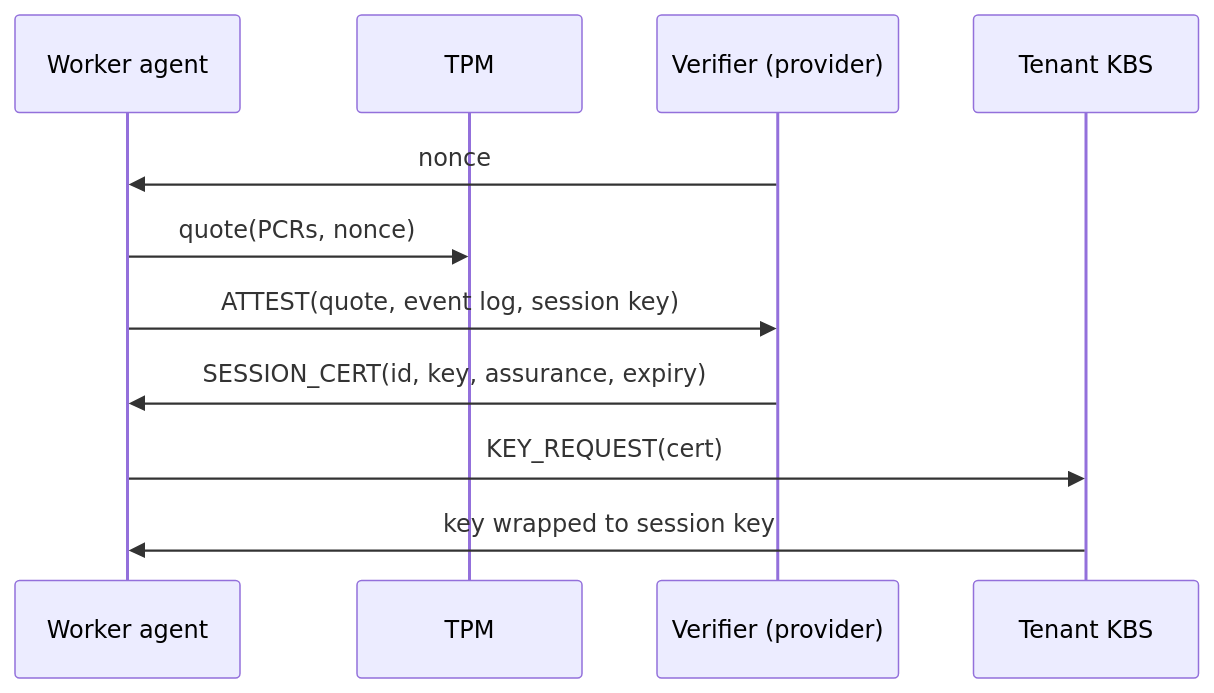
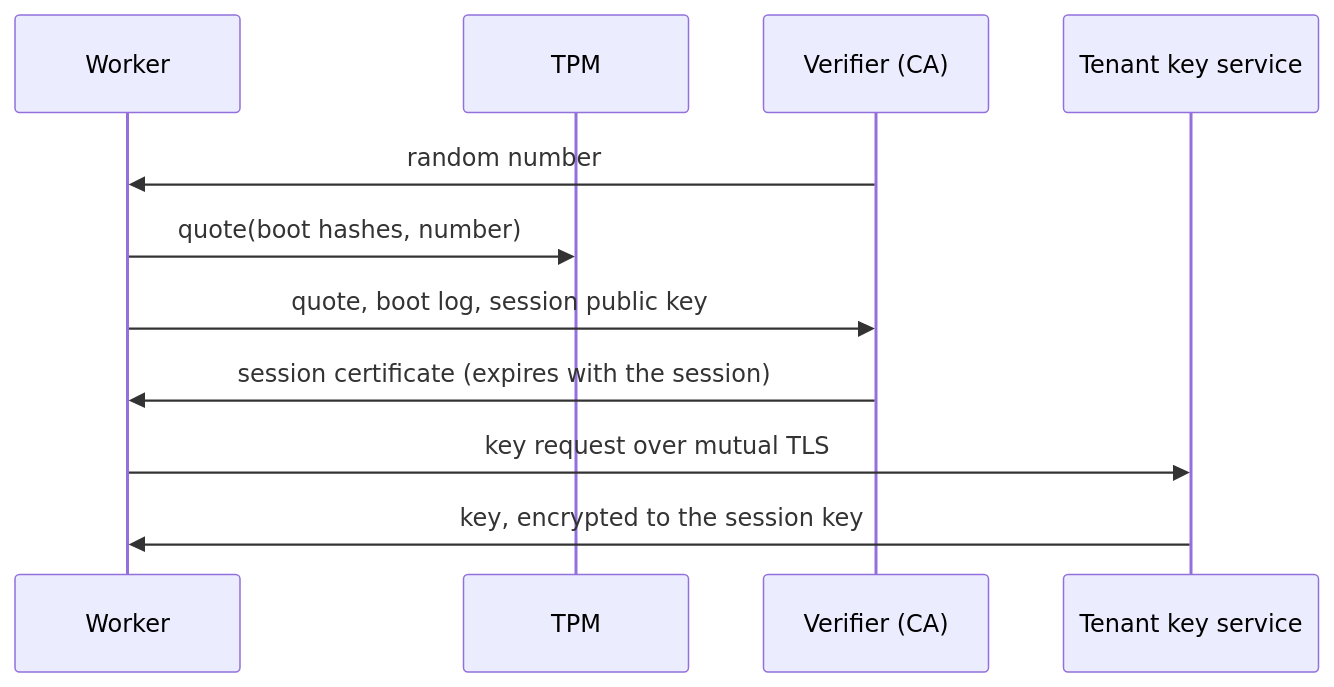
One commit to aalhadsawane/VOSS changed the first of 2 diagrams in docs/explainer/voss-explained.md. Above: the diagram before and after it, drawn with Mermaid. The commit also changed other lines of this file, not shown here.

````diff
--- a/docs/explainer/voss-explained.md
+++ b/docs/explainer/voss-explained.md
@@ -182,13 +114,13 @@
 ```mermaid
 sequenceDiagram
-  participant W as Worker agent
+  participant W as Worker
   participant T as TPM
-  participant V as Verifier (provider)
-  participant K as Tenant KBS
-  V->>W: nonce
-  W->>T: quote(PCRs, nonce)
-  W->>V: ATTEST(quote, event log, session key)
-  V->>W: SESSION_CERT(id, key, assurance, expiry)
-  W->>K: KEY_REQUEST(cert)
-  K->>W: key wrapped to session key
+  participant V as Verifier (CA)
+  participant K as Tenant key service
+  V->>W: random number
+  W->>T: quote(boot hashes, number)
+  W->>V: quote, boot log, session public key
+  V->>W: session certificate (expires with the session)
+  W->>K: key request over mutual TLS
+  K->>W: key, encrypted to the session key
 ```
````
